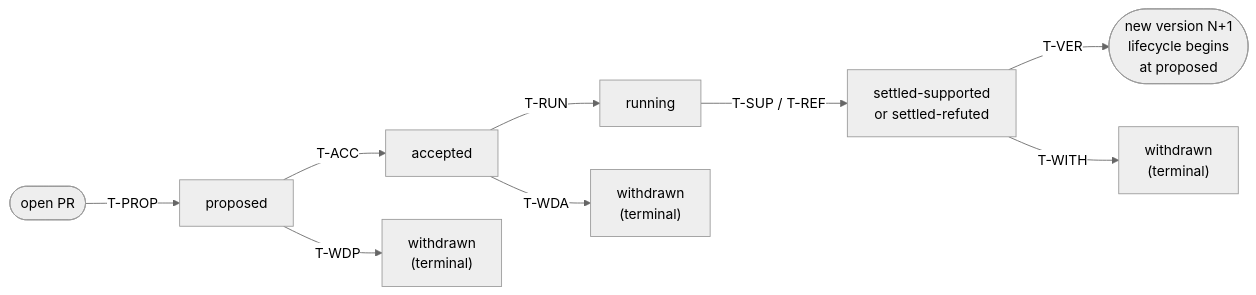
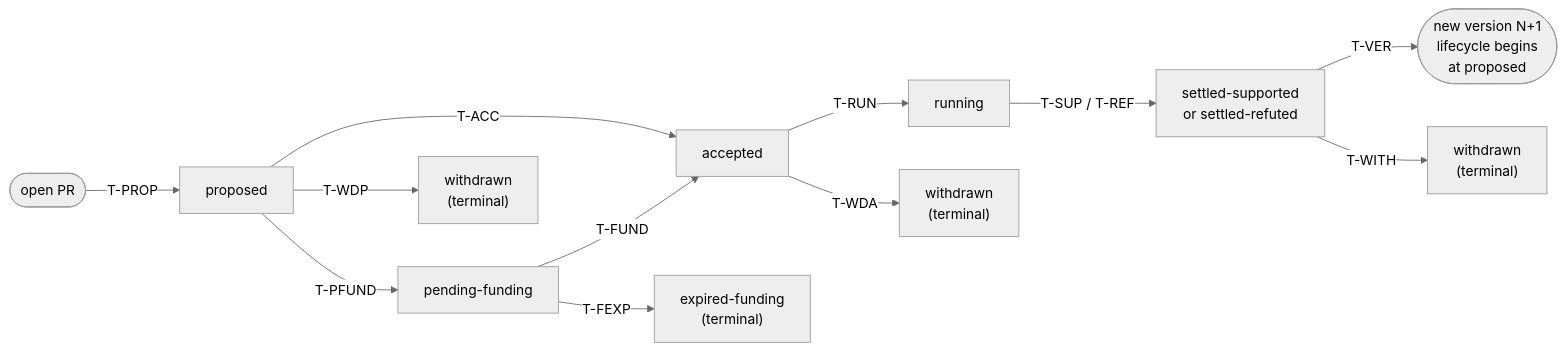
The diagram in docs/spec/17-hypothesis-lifecycle.md (roykollensvendsen/hypotheses), drawn with Mermaid (neutral theme) before and after one commit. The commit also changed other lines of this file and 12 other files, not shown here.

````diff
--- a/docs/spec/17-hypothesis-lifecycle.md
+++ b/docs/spec/17-hypothesis-lifecycle.md
@@ -48,11 +50,14 @@
 ```mermaid
 flowchart LR
     PR([open PR]) -- T-PROP --> proposed
     proposed -- T-ACC --> accepted
+    proposed -- T-PFUND --> pending["pending-funding"]
+    pending -- T-FUND --> accepted
+    pending -- T-FEXP --> expfund["expired-funding<br/>(terminal)"]
     accepted -- T-RUN --> running
     running -- "T-SUP / T-REF" --> settled["settled-supported<br/>or settled-refuted"]
     settled -- T-VER --> nextver(["new version N+1<br/>lifecycle begins<br/>at proposed"])
     proposed -- T-WDP --> withdrawn1["withdrawn<br/>(terminal)"]
     accepted -- T-WDA --> withdrawn2["withdrawn<br/>(terminal)"]
     settled -- T-WITH --> withdrawn3["withdrawn<br/>(terminal)"]
 ```
````
